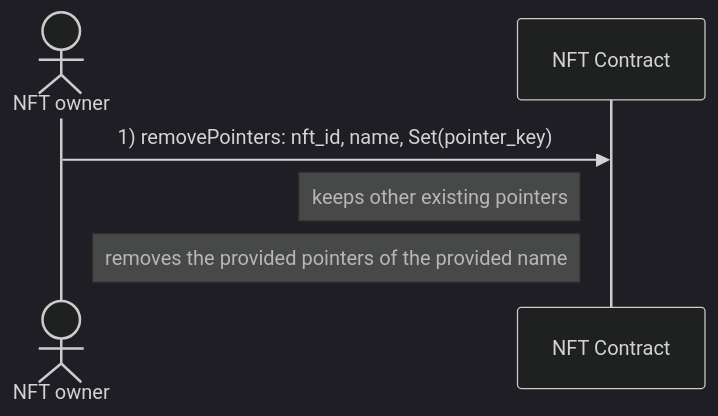
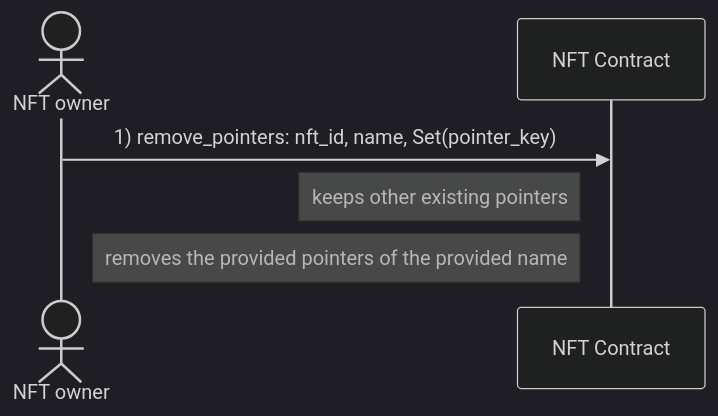
Before and after one commit to marc0olo/aens-nfts: the fourth of 5 diagrams in docs/diagrams/update_pointers.md, drawn with Mermaid (dark theme). The commit also changed other lines of this file and 17 other files, not shown here.

````diff
--- a/docs/diagrams/update_pointers.md
+++ b/docs/diagrams/update_pointers.md
@@ -31,7 +31,7 @@
 ```mermaid
 sequenceDiagram
     actor NFT owner
-    NFT owner ->> NFT Contract: 1) removePointers: nft_id, name, Set(pointer_key)
+    NFT owner ->> NFT Contract: 1) remove_pointers: nft_id, name, Set(pointer_key)
     Note left of NFT Contract: keeps other existing pointers
     Note left of NFT Contract: removes the provided pointers of the provided name
 ```
````
